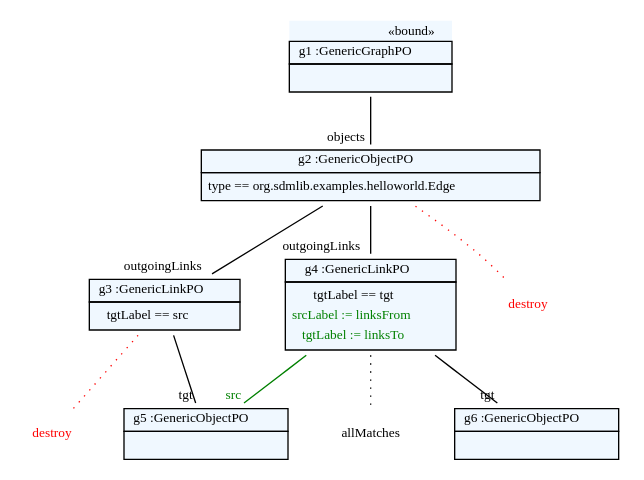
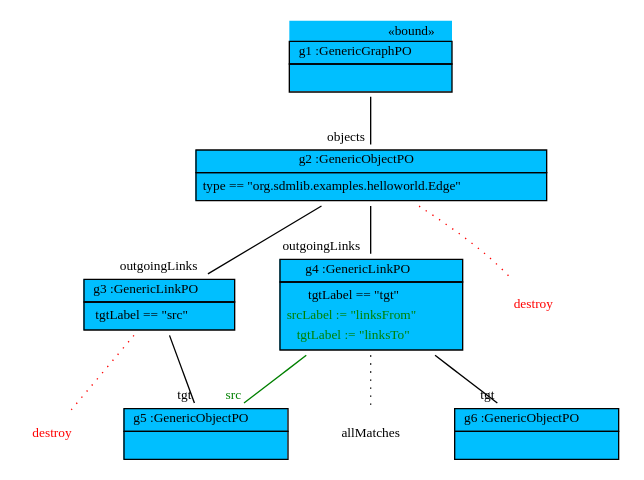
Before and after one commit to fujaba/SDMLib: the diagram in doc/simpleMigrationToEvenMoreEvolvedGraphByGenericGraph_replaceEdges.dot, drawn with Graphviz. The commit also changed 311 other files, not shown here.

```diff
--- a/doc/simpleMigrationToEvenMoreEvolvedGraphByGenericGraph_replaceEdges.dot
+++ b/doc/simpleMigrationToEvenMoreEvolvedGraphByGenericGraph_replaceEdges.dot
@@ -1,24 +1,24 @@
 graph ObjectDiagram {
    node [shape = none, fontsize = 10];
    edge [fontsize = 10];
 
-g1 [label=<<table border='0' cellborder='1' cellspacing='0' color='black' bgcolor='aliceblue'> <tr> <td border='0' align='right'><font color='black'>&laquo;bound&raquo;</font></td></tr> <tr> <td align='center'> <font color='black'> g1 :GenericGraphPO </font></td></tr> <tr> <td align='left'> <table border='0' cellborder='0' cellspacing='0' color='black'> <tr> <td>  </td></tr></table></td></tr></table>>];
-g2 [label=<<table border='0' cellborder='1' cellspacing='0' color='black' bgcolor='aliceblue'>  <tr> <td align='center'> <font color='black'> g2 :GenericObjectPO </font></td></tr> <tr> <td align='left'> <table border='0' cellborder='0' cellspacing='0' color='black'> <tr><td><font color='black'> type == org.sdmlib.examples.helloworld.Edge </font></td></tr></table></td></tr></table>>];
-g3 [label=<<table border='0' cellborder='1' cellspacing='0' color='black' bgcolor='aliceblue'>  <tr> <td align='center'> <font color='black'> g3 :GenericLinkPO </font></td></tr> <tr> <td align='left'> <table border='0' cellborder='0' cellspacing='0' color='black'> <tr><td><font color='black'> tgtLabel == src </font></td></tr></table></td></tr></table>>];
-g4 [label=<<table border='0' cellborder='1' cellspacing='0' color='black' bgcolor='aliceblue'>  <tr> <td align='center'> <font color='black'> g4 :GenericLinkPO </font></td></tr> <tr> <td align='left'> <table border='0' cellborder='0' cellspacing='0' color='black'> <tr><td><font color='black'> tgtLabel == tgt </font></td></tr><tr><td><font color='green'> srcLabel := linksFrom </font></td></tr><tr><td><font color='green'> tgtLabel := linksTo </font></td></tr></table></td></tr></table>>];
+g1 [label=<<table border='0' cellborder='1' cellspacing='0' color='black' bgcolor='deepskyblue'> <tr> <td border='0' align='right'><font color='black'>&#171;bound&#187;</font></td></tr> <tr> <td align='center'> <font color='black'> g1 :GenericGraphPO </font></td></tr> <tr> <td align='left'> <table border='0' cellborder='0' cellspacing='0' color='black'> <tr> <td>  </td></tr></table></td></tr></table>>];
+g2 [label=<<table border='0' cellborder='1' cellspacing='0' color='black' bgcolor='deepskyblue'>  <tr> <td align='center'> <font color='black'> g2 :GenericObjectPO </font></td></tr> <tr> <td align='left'> <table border='0' cellborder='0' cellspacing='0' color='black'> <tr><td><font color='black'> type == "org.sdmlib.examples.helloworld.Edge" </font></td></tr></table></td></tr></table>>];
+g3 [label=<<table border='0' cellborder='1' cellspacing='0' color='black' bgcolor='deepskyblue'>  <tr> <td align='center'> <font color='black'> g3 :GenericLinkPO </font></td></tr> <tr> <td align='left'> <table border='0' cellborder='0' cellspacing='0' color='black'> <tr><td><font color='black'> tgtLabel == "src" </font></td></tr></table></td></tr></table>>];
+g4 [label=<<table border='0' cellborder='1' cellspacing='0' color='black' bgcolor='deepskyblue'>  <tr> <td align='center'> <font color='black'> g4 :GenericLinkPO </font></td></tr> <tr> <td align='left'> <table border='0' cellborder='0' cellspacing='0' color='black'> <tr><td><font color='black'> tgtLabel == "tgt" </font></td></tr><tr><td><font color='green'> srcLabel := "linksFrom" </font></td></tr><tr><td><font color='green'> tgtLabel := "linksTo" </font></td></tr></table></td></tr></table>>];
 allMatches_g4 [label=allMatches];
-g5 [label=<<table border='0' cellborder='1' cellspacing='0' color='black' bgcolor='aliceblue'>  <tr> <td align='center'> <font color='black'> g5 :GenericObjectPO </font></td></tr> <tr> <td align='left'> <table border='0' cellborder='0' cellspacing='0' color='black'> <tr> <td>  </td></tr></table></td></tr></table>>];
-g6 [label=<<table border='0' cellborder='1' cellspacing='0' color='black' bgcolor='aliceblue'>  <tr> <td align='center'> <font color='black'> g6 :GenericObjectPO </font></td></tr> <tr> <td align='left'> <table border='0' cellborder='0' cellspacing='0' color='black'> <tr> <td>  </td></tr></table></td></tr></table>>];
+g5 [label=<<table border='0' cellborder='1' cellspacing='0' color='black' bgcolor='deepskyblue'>  <tr> <td align='center'> <font color='black'> g5 :GenericObjectPO </font></td></tr> <tr> <td align='left'> <table border='0' cellborder='0' cellspacing='0' color='black'> <tr> <td>  </td></tr></table></td></tr></table>>];
+g6 [label=<<table border='0' cellborder='1' cellspacing='0' color='black' bgcolor='deepskyblue'>  <tr> <td align='center'> <font color='black'> g6 :GenericObjectPO </font></td></tr> <tr> <td align='left'> <table border='0' cellborder='0' cellspacing='0' color='black'> <tr> <td>  </td></tr></table></td></tr></table>>];
 d7 [label="destroy" fontcolor="red"]
 d8 [label="destroy" fontcolor="red"]
 
 g4 -- allMatches_g4 [style="dotted"];
 g2 -- d7 [style="dotted" color="red" fontcolor="red"];
 g3 -- d8 [style="dotted" color="red" fontcolor="red"];
 g1 -- g2 [headlabel = "objects" taillabel = "" color="black" fontcolor="black"];
 g2 -- g3 [headlabel = "outgoingLinks" taillabel = "" color="black" fontcolor="black"];
 g2 -- g4 [headlabel = "outgoingLinks" taillabel = "" color="black" fontcolor="black"];
 g3 -- g5 [headlabel = "tgt" taillabel = "" color="black" fontcolor="black"];
 g4 -- g6 [headlabel = "tgt" taillabel = "" color="black" fontcolor="black"];
 g4 -- g5 [headlabel = "src" taillabel = "" color="green" fontcolor="green"];
 }
```
